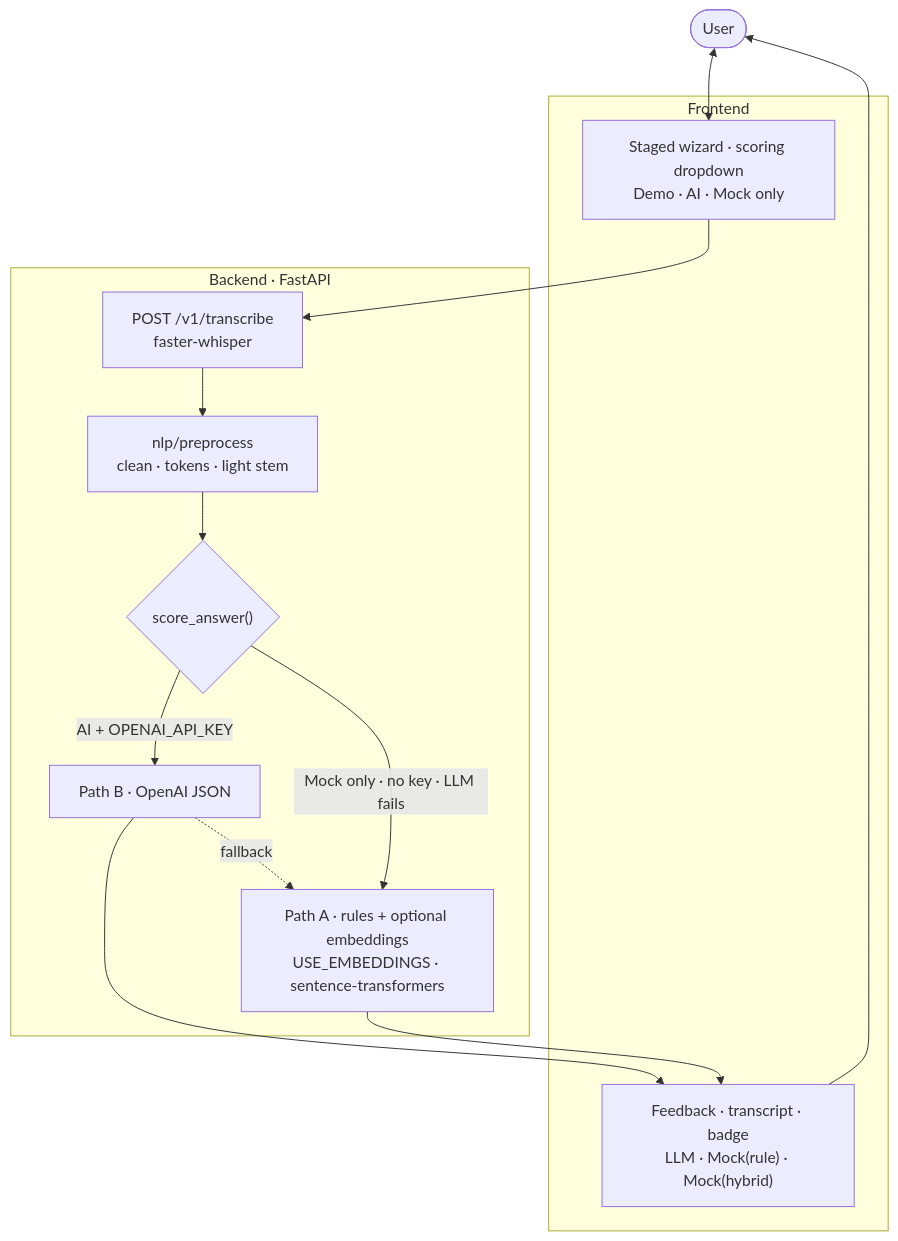
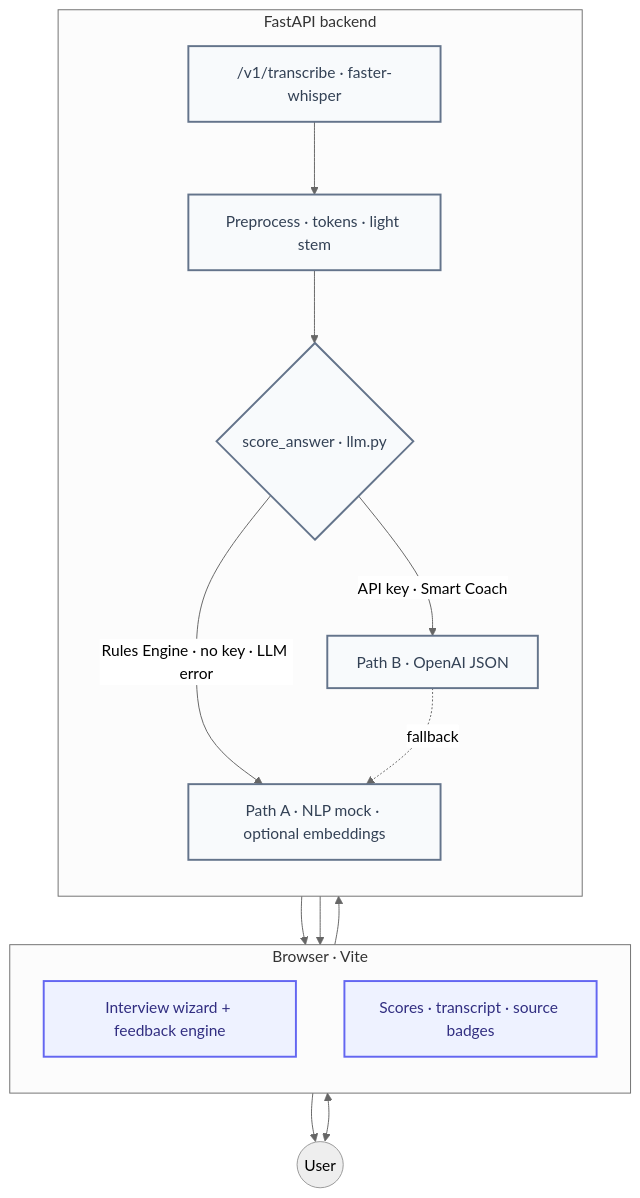
Before and after one commit to louis-li-builds/mock-interview-coach-stt-star-feedback-scoring-nlp-uts-project: the diagram in README.md, drawn with Mermaid. The commit also changed other lines of this file and 3 other files, not shown here.

First line of the commit message:
docs: polish Mermaid diagrams and sync scoring UI labels

````diff
--- a/README.md
+++ b/README.md
@@ -16,28 +16,34 @@
 ```mermaid
-flowchart TD
-  U([User])
+%%{init: {'theme':'neutral','flowchart':{'curve':'basis'}}}%%
+flowchart TB
+  U((User))
 
-  subgraph client["Frontend"]
-    GUI["Staged wizard · scoring dropdown<br/>Demo · AI · Mock only"]
-    FB["Feedback · transcript · badge<br/>LLM · Mock(rule) · Mock(hybrid)"]
+  subgraph FE[Browser · Vite]
+    direction TB
+    GUI["Interview wizard + feedback engine"]
+    FB["Scores · transcript · source badges"]
   end
 
-  subgraph api["Backend · FastAPI"]
-    STT["POST /v1/transcribe<br/>faster-whisper"]
-    PRE["nlp/preprocess<br/>clean · tokens · light stem"]
-    R{"score_answer()"}
-    LLM["Path B · OpenAI JSON"]
-    MOCK["Path A · rules + optional embeddings<br/>USE_EMBEDDINGS · sentence-transformers"]
+  subgraph BE[FastAPI backend]
+    direction TB
+    STT["/v1/transcribe · faster-whisper"]
+    PRE["Preprocess · tokens · light stem"]
+    R{"score_answer · llm.py"}
+    P_B["Path B · OpenAI JSON"]
+    P_A["Path A · NLP mock · optional embeddings"]
   end
 
   U <--> GUI
-  GUI --> STT
-  STT --> PRE
-  PRE --> R
-  R -->|"AI + OPENAI_API_KEY"| LLM
-  R -->|"Mock only · no key · LLM fails"| MOCK
-  LLM --> FB
-  MOCK --> FB
-  LLM -.->|"fallback"| MOCK
+  GUI --> STT --> PRE --> R
+  R -->|API key · Smart Coach| P_B
+  R -->|Rules Engine · no key · LLM error| P_A
+  P_B --> FB
+  P_A --> FB
+  P_B -.->|fallback| P_A
   FB --> U
+
+  classDef fe fill:#eef2ff,stroke:#6366f1,stroke-width:2px,color:#312e81
+  classDef be fill:#f8fafc,stroke:#64748b,stroke-width:2px,color:#334155
+  class GUI,FB fe
+  class STT,PRE,R,P_B,P_A be
 ```
````
